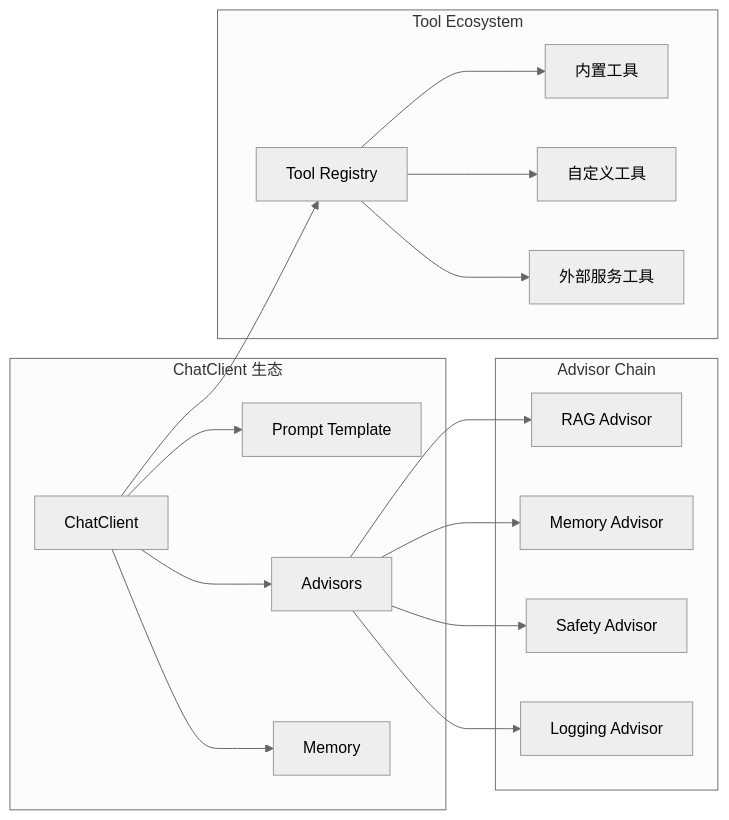
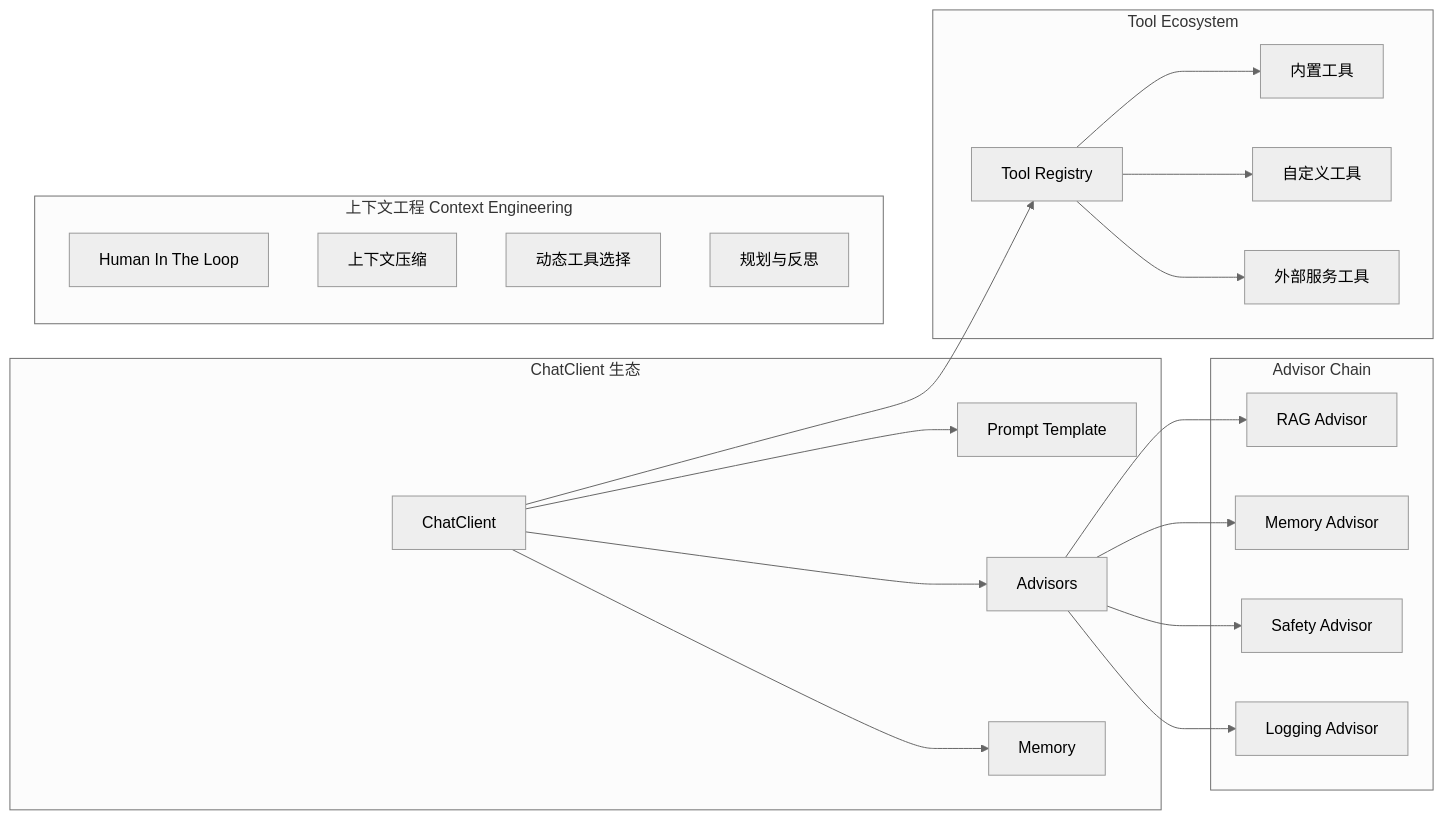
One commit to hanwei808/ai-product-production-guide changed the fourth of 29 diagrams in 开发计划/服务设计/03-ai-core-service-design.md. Above: the diagram before and after it, drawn with Mermaid (neutral theme). The commit also changed other lines of this file and 6 other files, not shown here.

````diff
--- a/开发计划/服务设计/03-ai-core-service-design.md
+++ b/开发计划/服务设计/03-ai-core-service-design.md
@@ -160,37 +163,44 @@
 ```mermaid
 graph LR
     subgraph ChatClient 生态
         ChatClient[ChatClient]
         Prompt[Prompt Template]
         Advisor[Advisors]
         Memory[Memory]
     end
 
     subgraph Advisor Chain
         RAGAdvisor[RAG Advisor]
         MemoryAdvisor[Memory Advisor]
         SafetyAdvisor[Safety Advisor]
         LoggingAdvisor[Logging Advisor]
     end
 
     subgraph Tool Ecosystem
         ToolRegistry[Tool Registry]
         BuiltinTools[内置工具]
         CustomTools[自定义工具]
         ExternalTools[外部服务工具]
     end
 
+    subgraph 上下文工程 Context Engineering
+        HumanLoop[Human In The Loop]
+        ContextCompress[上下文压缩]
+        DynamicTools[动态工具选择]
+        Planning[规划与反思]
+    end
+
     ChatClient --> Prompt
     ChatClient --> Advisor
     ChatClient --> Memory
 
     Advisor --> RAGAdvisor
     Advisor --> MemoryAdvisor
     Advisor --> SafetyAdvisor
     Advisor --> LoggingAdvisor
 
     ChatClient --> ToolRegistry
     ToolRegistry --> BuiltinTools
     ToolRegistry --> CustomTools
     ToolRegistry --> ExternalTools
 ```
````
